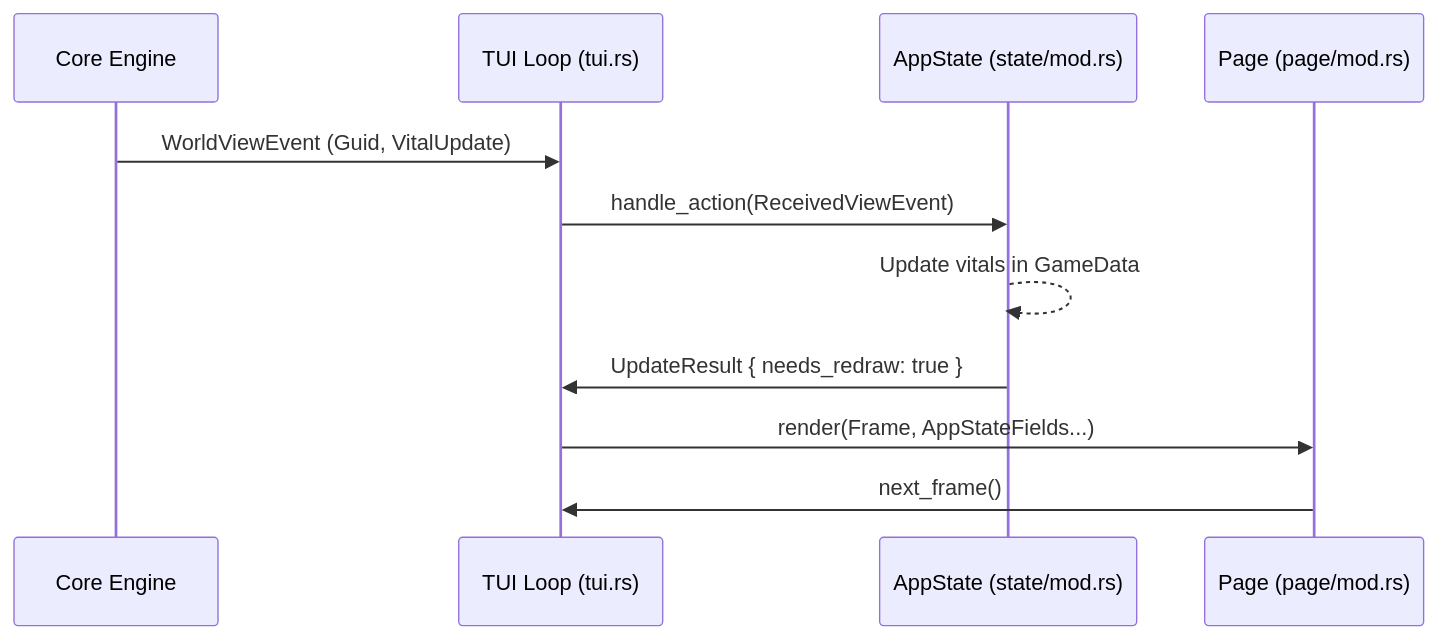
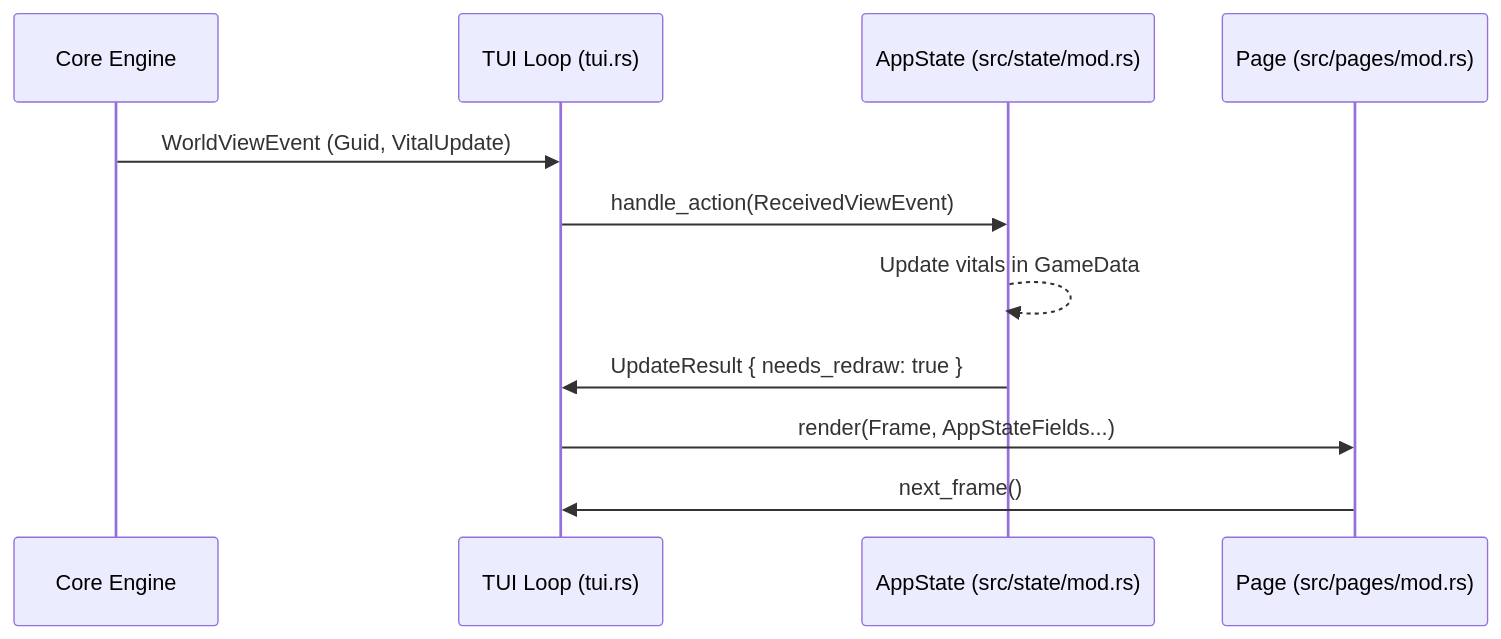
Before and after one commit to merklejerk/holtburger: the diagram in apps/holtburger-cli/ARCHITECTURE.md, drawn with Mermaid. The commit also changed other lines of this file, not shown here.

````diff
--- a/apps/holtburger-cli/ARCHITECTURE.md
+++ b/apps/holtburger-cli/ARCHITECTURE.md
@@ -70,14 +74,14 @@
 ```mermaid
 sequenceDiagram
     participant C as Core Engine
     participant T as TUI Loop (tui.rs)
-    participant S as AppState (state/mod.rs)
-    participant P as Page (page/mod.rs)
+    participant S as AppState (src/state/mod.rs)
+    participant P as Page (src/pages/mod.rs)
 
     C->>T: WorldViewEvent (Guid, VitalUpdate)
     T->>S: handle_action(ReceivedViewEvent)
     S-->>S: Update vitals in GameData
     S->>T: UpdateResult { needs_redraw: true }
     T->>P: render(Frame, AppStateFields...)
     P->>T: next_frame()
 ```
````
